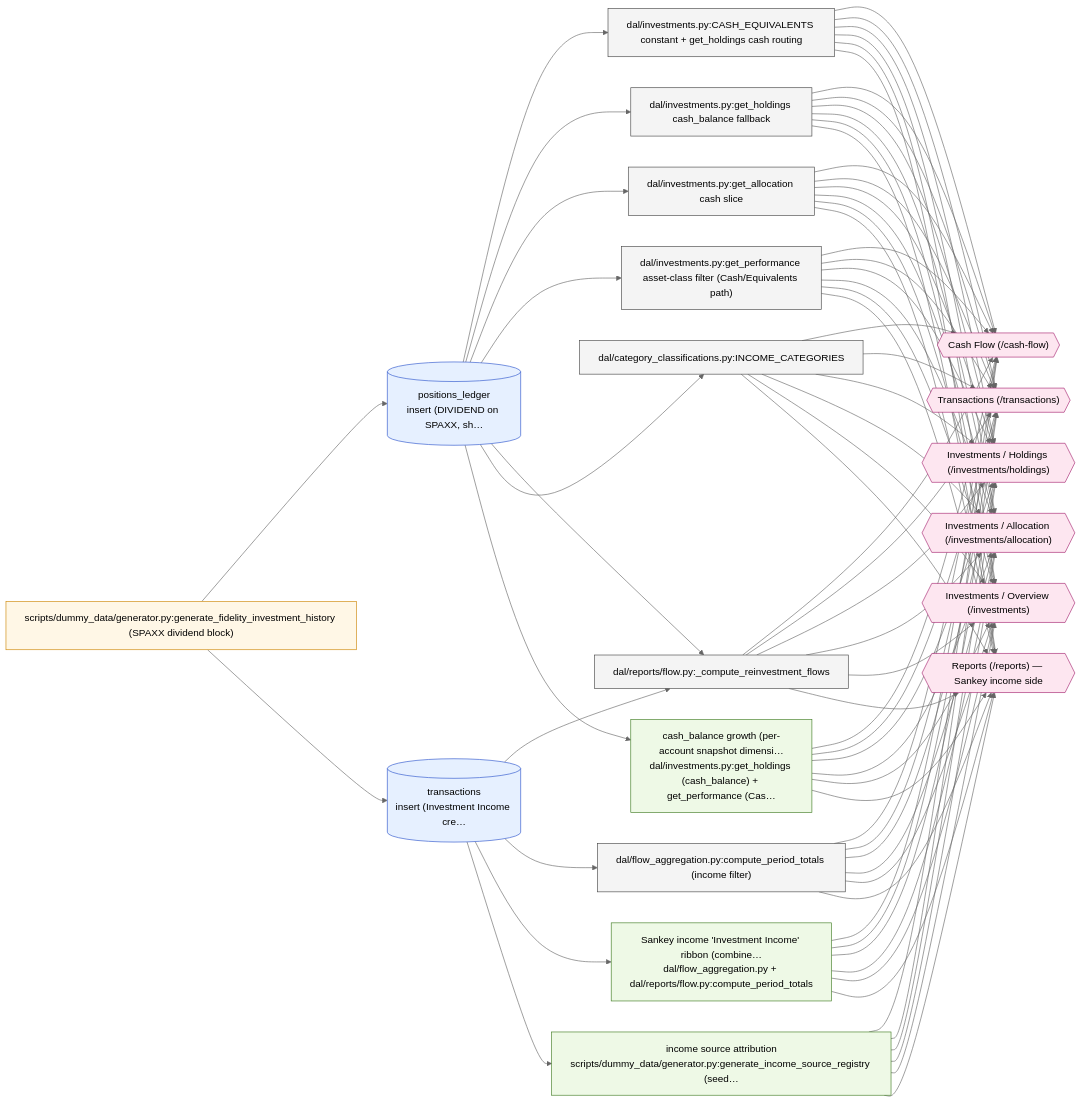
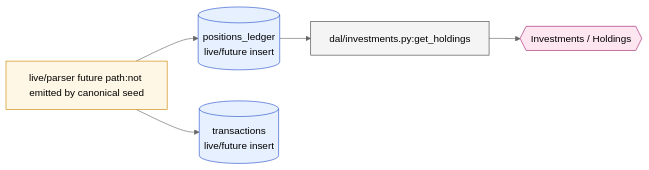
Before and after one commit to wileyqe/Sentry-Finance: the diagram in docs/data-lineage/diagrams/money_market_sweep_interest.mmd, drawn with Mermaid (neutral theme). The commit also changed 44 other files, not shown here.

Commit message:
Simplify canonical investment seed

```diff
--- a/docs/data-lineage/diagrams/money_market_sweep_interest.mmd
+++ b/docs/data-lineage/diagrams/money_market_sweep_interest.mmd
@@ -1,108 +1,24 @@
 %% Auto-generated by build_diagrams.py — do not edit by hand.
 %% Event: money_market_sweep_interest (class: external_force)
 %% Money-market sweep interest (SPAXX)
 graph LR
-  origin["scripts/dummy_data/generator.py:generate_fidelity_investment_history (SPAXX dividend block)"]
-  tbl_positions_ledger[("positions_ledger<br/>insert (DIVIDEND on SPAXX, sh…")]
+  origin["live/parser future path:not emitted by canonical seed"]
+  tbl_positions_ledger[("positions_ledger<br/>live/future insert")]
   origin --> tbl_positions_ledger
-  tbl_transactions[("transactions<br/>insert (Investment Income cre…")]
+  tbl_transactions[("transactions<br/>live/future insert")]
   origin --> tbl_transactions
-  dc0_CASH_EQUIVALENTS_constant_get_holdings_cash_routing["dal/investments.py:CASH_EQUIVALENTS constant + get_holdings cash routing"]
-  dc1_get_holdings_cash_balance_fallback["dal/investments.py:get_holdings cash_balance fallback"]
-  dc2_get_allocation_cash_slice["dal/investments.py:get_allocation cash slice"]
-  dc3_get_performance_asset_class_filter_Cash_Equivalents_path["dal/investments.py:get_performance asset-class filter (Cash/Equivalents path)"]
-  dc4_compute_reinvestment_flows["dal/reports/flow.py:_compute_reinvestment_flows"]
-  dc5_compute_period_totals_income_filter["dal/flow_aggregation.py:compute_period_totals (income filter)"]
-  dc6_INCOME_CATEGORIES["dal/category_classifications.py:INCOME_CATEGORIES"]
-  dv0_Sankey_income_Investment_Income_ribbon_combined["Sankey income 'Investment Income' ribbon (combine…<br/>dal/flow_aggregation.py + dal/reports/flow.py:compute_period_totals"]
-  dv1_cash_balance_growth_per_account_snapshot_dimension["cash_balance growth (per-account snapshot dimensi…<br/>dal/investments.py:get_holdings (cash_balance) + get_performance (Cas…"]
-  dv2_income_source_attribution["income source attribution<br/>scripts/dummy_data/generator.py:generate_income_source_registry (seed…"]
-  tbl_positions_ledger --> dc0_CASH_EQUIVALENTS_constant_get_holdings_cash_routing
-  tbl_positions_ledger --> dc1_get_holdings_cash_balance_fallback
-  tbl_positions_ledger --> dc2_get_allocation_cash_slice
-  tbl_positions_ledger --> dc3_get_performance_asset_class_filter_Cash_Equivalents_path
-  tbl_positions_ledger --> dc4_compute_reinvestment_flows
-  tbl_transactions --> dc4_compute_reinvestment_flows
-  tbl_transactions --> dc5_compute_period_totals_income_filter
-  tbl_positions_ledger --> dc6_INCOME_CATEGORIES
-  tbl_transactions --> dv0_Sankey_income_Investment_Income_ribbon_combined
-  tbl_positions_ledger --> dv1_cash_balance_growth_per_account_snapshot_dimension
-  tbl_transactions --> dv2_income_source_attribution
-  ui0_Cash_Flow_cash_flow{{"Cash Flow (/cash-flow)"}}
-  ui1_Transactions_transactions{{"Transactions (/transactions)"}}
-  ui2_Investments_Holdings_investments_holdings{{"Investments / Holdings (/investments/holdings)"}}
-  ui3_Investments_Allocation_investments_allocation{{"Investments / Allocation (/investments/allocation)"}}
-  ui4_Investments_Overview_investments{{"Investments / Overview (/investments)"}}
-  ui5_Reports_reports_Sankey_income_side{{"Reports (/reports) — Sankey income side"}}
-  dc0_CASH_EQUIVALENTS_constant_get_holdings_cash_routing --> ui0_Cash_Flow_cash_flow
-  dc1_get_holdings_cash_balance_fallback --> ui0_Cash_Flow_cash_flow
-  dc2_get_allocation_cash_slice --> ui0_Cash_Flow_cash_flow
-  dc3_get_performance_asset_class_filter_Cash_Equivalents_path --> ui0_Cash_Flow_cash_flow
-  dc4_compute_reinvestment_flows --> ui0_Cash_Flow_cash_flow
-  dc5_compute_period_totals_income_filter --> ui0_Cash_Flow_cash_flow
-  dc6_INCOME_CATEGORIES --> ui0_Cash_Flow_cash_flow
-  dv0_Sankey_income_Investment_Income_ribbon_combined --> ui0_Cash_Flow_cash_flow
-  dv1_cash_balance_growth_per_account_snapshot_dimension --> ui0_Cash_Flow_cash_flow
-  dv2_income_source_attribution --> ui0_Cash_Flow_cash_flow
-  dc0_CASH_EQUIVALENTS_constant_get_holdings_cash_routing --> ui1_Transactions_transactions
-  dc1_get_holdings_cash_balance_fallback --> ui1_Transactions_transactions
-  dc2_get_allocation_cash_slice --> ui1_Transactions_transactions
-  dc3_get_performance_asset_class_filter_Cash_Equivalents_path --> ui1_Transactions_transactions
-  dc4_compute_reinvestment_flows --> ui1_Transactions_transactions
-  dc5_compute_period_totals_income_filter --> ui1_Transactions_transactions
-  dc6_INCOME_CATEGORIES --> ui1_Transactions_transactions
-  dv0_Sankey_income_Investment_Income_ribbon_combined --> ui1_Transactions_transactions
-  dv1_cash_balance_growth_per_account_snapshot_dimension --> ui1_Transactions_transactions
-  dv2_income_source_attribution --> ui1_Transactions_transactions
-  dc0_CASH_EQUIVALENTS_constant_get_holdings_cash_routing --> ui2_Investments_Holdings_investments_holdings
-  dc1_get_holdings_cash_balance_fallback --> ui2_Investments_Holdings_investments_holdings
-  dc2_get_allocation_cash_slice --> ui2_Investments_Holdings_investments_holdings
-  dc3_get_performance_asset_class_filter_Cash_Equivalents_path --> ui2_Investments_Holdings_investments_holdings
-  dc4_compute_reinvestment_flows --> ui2_Investments_Holdings_investments_holdings
-  dc5_compute_period_totals_income_filter --> ui2_Investments_Holdings_investments_holdings
-  dc6_INCOME_CATEGORIES --> ui2_Investments_Holdings_investments_holdings
-  dv0_Sankey_income_Investment_Income_ribbon_combined --> ui2_Investments_Holdings_investments_holdings
-  dv1_cash_balance_growth_per_account_snapshot_dimension --> ui2_Investments_Holdings_investments_holdings
-  dv2_income_source_attribution --> ui2_Investments_Holdings_investments_holdings
-  dc0_CASH_EQUIVALENTS_constant_get_holdings_cash_routing --> ui3_Investments_Allocation_investments_allocation
-  dc1_get_holdings_cash_balance_fallback --> ui3_Investments_Allocation_investments_allocation
-  dc2_get_allocation_cash_slice --> ui3_Investments_Allocation_investments_allocation
-  dc3_get_performance_asset_class_filter_Cash_Equivalents_path --> ui3_Investments_Allocation_investments_allocation
-  dc4_compute_reinvestment_flows --> ui3_Investments_Allocation_investments_allocation
-  dc5_compute_period_totals_income_filter --> ui3_Investments_Allocation_investments_allocation
-  dc6_INCOME_CATEGORIES --> ui3_Investments_Allocation_investments_allocation
-  dv0_Sankey_income_Investment_Income_ribbon_combined --> ui3_Investments_Allocation_investments_allocation
-  dv1_cash_balance_growth_per_account_snapshot_dimension --> ui3_Investments_Allocation_investments_allocation
-  dv2_income_source_attribution --> ui3_Investments_Allocation_investments_allocation
-  dc0_CASH_EQUIVALENTS_constant_get_holdings_cash_routing --> ui4_Investments_Overview_investments
-  dc1_get_holdings_cash_balance_fallback --> ui4_Investments_Overview_investments
-  dc2_get_allocation_cash_slice --> ui4_Investments_Overview_investments
-  dc3_get_performance_asset_class_filter_Cash_Equivalents_path --> ui4_Investments_Overview_investments
-  dc4_compute_reinvestment_flows --> ui4_Investments_Overview_investments
-  dc5_compute_period_totals_income_filter --> ui4_Investments_Overview_investments
-  dc6_INCOME_CATEGORIES --> ui4_Investments_Overview_investments
-  dv0_Sankey_income_Investment_Income_ribbon_combined --> ui4_Investments_Overview_investments
-  dv1_cash_balance_growth_per_account_snapshot_dimension --> ui4_Investments_Overview_investments
-  dv2_income_source_attribution --> ui4_Investments_Overview_investments
-  dc0_CASH_EQUIVALENTS_constant_get_holdings_cash_routing --> ui5_Reports_reports_Sankey_income_side
-  dc1_get_holdings_cash_balance_fallback --> ui5_Reports_reports_Sankey_income_side
-  dc2_get_allocation_cash_slice --> ui5_Reports_reports_Sankey_income_side
-  dc3_get_performance_asset_class_filter_Cash_Equivalents_path --> ui5_Reports_reports_Sankey_income_side
-  dc4_compute_reinvestment_flows --> ui5_Reports_reports_Sankey_income_side
-  dc5_compute_period_totals_income_filter --> ui5_Reports_reports_Sankey_income_side
-  dc6_INCOME_CATEGORIES --> ui5_Reports_reports_Sankey_income_side
-  dv0_Sankey_income_Investment_Income_ribbon_combined --> ui5_Reports_reports_Sankey_income_side
-  dv1_cash_balance_growth_per_account_snapshot_dimension --> ui5_Reports_reports_Sankey_income_side
-  dv2_income_source_attribution --> ui5_Reports_reports_Sankey_income_side
+  dc0_get_holdings["dal/investments.py:get_holdings"]
+  tbl_positions_ledger --> dc0_get_holdings
+  ui0_Investments_Holdings{{"Investments / Holdings"}}
+  dc0_get_holdings --> ui0_Investments_Holdings
 
   classDef origin fill:#fff7e6,stroke:#cc8400,stroke-width:1px;
   classDef table fill:#e6f0ff,stroke:#2952cc,stroke-width:1px;
   classDef consumer fill:#f4f4f4,stroke:#444,stroke-width:1px;
   classDef derivation fill:#eef9e6,stroke:#3d7a1f,stroke-width:1px;
   classDef ui fill:#fde6f0,stroke:#a5226f,stroke-width:1px;
   classDef effect fill:#f6e6ff,stroke:#5e2a82,stroke-width:1px;
   class origin origin;
   class tbl_positions_ledger,tbl_transactions table;
-  class dc0_CASH_EQUIVALENTS_constant_get_holdings_cash_routing,dc1_get_holdings_cash_balance_fallback,dc2_get_allocation_cash_slice,dc3_get_performance_asset_class_filter_Cash_Equivalents_path,dc4_compute_reinvestment_flows,dc5_compute_period_totals_income_filter,dc6_INCOME_CATEGORIES consumer;
-  class dv0_Sankey_income_Investment_Income_ribbon_combined,dv1_cash_balance_growth_per_account_snapshot_dimension,dv2_income_source_attribution derivation;
-  class ui0_Cash_Flow_cash_flow,ui1_Transactions_transactions,ui2_Investments_Holdings_investments_holdings,ui3_Investments_Allocation_investments_allocation,ui4_Investments_Overview_investments,ui5_Reports_reports_Sankey_income_side ui;
+  class dc0_get_holdings consumer;
+  class ui0_Investments_Holdings ui;
```
